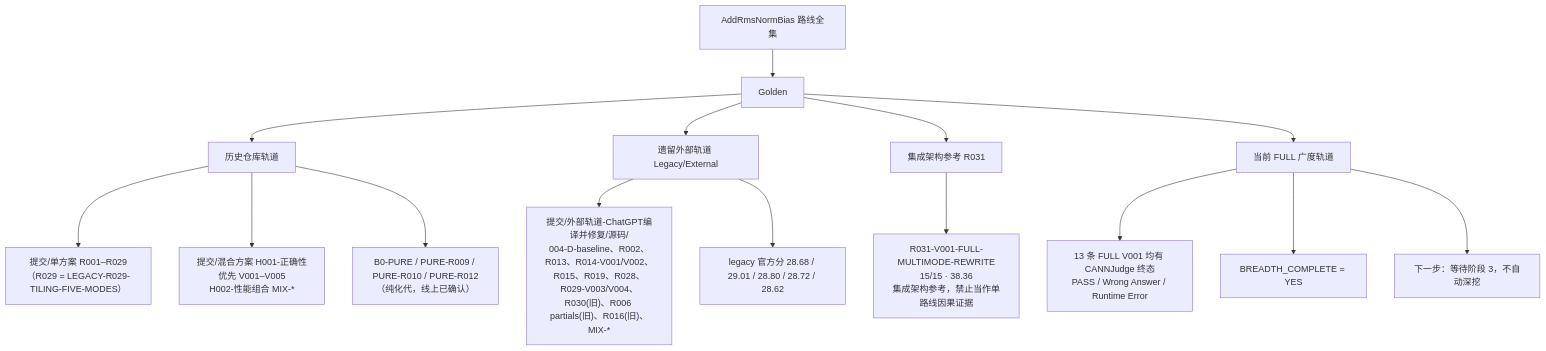
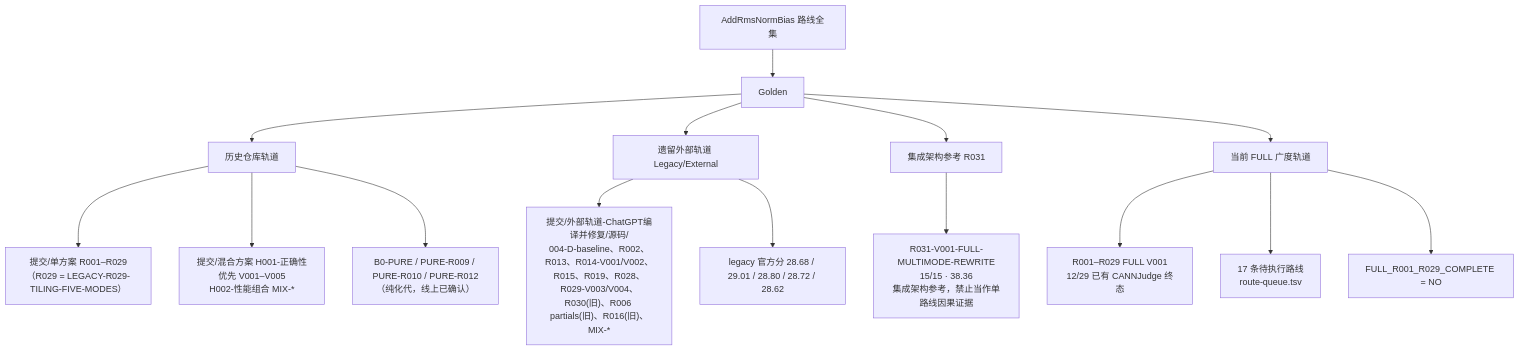
One commit to sxyq/CANN changed the diagram in 文档/路线树.md. Above: the diagram before and after it, drawn with Mermaid. The commit also changed other lines of this file and 5 other files, not shown here.

Commit message:
chore: expand full breadth coverage to r001-r029

````diff
--- a/文档/路线树.md
+++ b/文档/路线树.md
@@ -7,22 +7,22 @@
 ```mermaid
 flowchart TD
     ROOT["AddRmsNormBias 路线全集"]
     ROOT --> TRACKS["Golden"]
     TRACKS --> T1["历史仓库轨道"]
     TRACKS --> T2["遗留外部轨道 Legacy/External"]
     TRACKS --> T3["集成架构参考 R031"]
     TRACKS --> T4["当前 FULL 广度轨道"]
 
     T1 --> T1A["提交/单方案 R001–R029<br/>（R029 = LEGACY-R029-TILING-FIVE-MODES）"]
     T1 --> T1B["提交/混合方案 H001-正确性优先 V001–V005<br/>H002-性能组合 MIX-*"]
     T1 --> T1C["B0-PURE / PURE-R009 / PURE-R010 / PURE-R012<br/>（纯化代，线上已确认）"]
 
     T2 --> T2A["提交/外部轨道-ChatGPT编译并修复/源码/<br/>004-D-baseline、R002、R013、R014-V001/V002、R015、R019、R028、R029-V003/V004、R030(旧)、R006 partials(旧)、R016(旧)、MIX-*"]
     T2 --> T2B["legacy 官方分 28.68 / 29.01 / 28.80 / 28.72 / 28.62"]
 
     T3 --> T3A["R031-V001-FULL-MULTIMODE-REWRITE<br/>15/15 · 38.36<br/>集成架构参考，禁止当作单路线因果证据"]
 
-    T4 --> T4A["13 条 FULL V001 均有 CANNJudge 终态<br/>PASS / Wrong Answer / Runtime Error"]
-    T4 --> T4B["BREADTH_COMPLETE = YES"]
-    T4 --> T4C["下一步：等待阶段 3，不自动深挖"]
+    T4 --> T4A["R001–R029 FULL V001<br/>12/29 已有 CANNJudge 终态"]
+    T4 --> T4B["17 条待执行路线<br/>route-queue.tsv"]
+    T4 --> T4C["FULL_R001_R029_COMPLETE = NO"]
 ```
````
